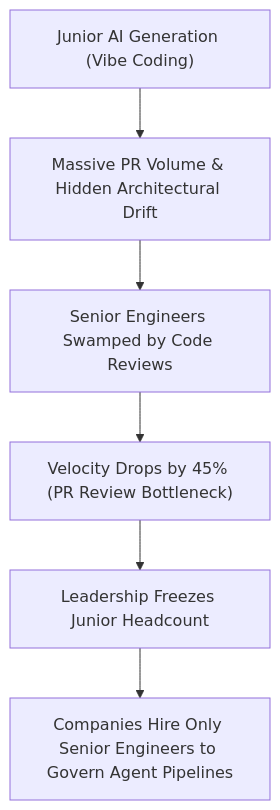
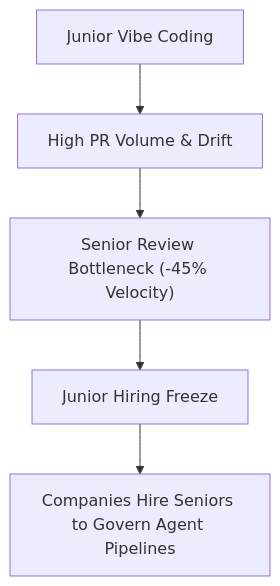
Before and after one commit to bshx2024/apivel_blog: the diagram in src/content/blog/ai-coding-impact-senior-engineers.md, drawn with Mermaid. The commit also changed other lines of this file and 5 other files, not shown here.

````diff
--- a/src/content/blog/ai-coding-impact-senior-engineers.md
+++ b/src/content/blog/ai-coding-impact-senior-engineers.md
@@ -63,8 +62,7 @@
 ```mermaid
 flowchart TD
-    A["Junior AI Generation (Vibe Coding)"] --> B["Massive PR Volume & Hidden Architectural Drift"]
-    B --> C["Senior Engineers Swamped by Code Reviews"]
-    C --> D["Velocity Drops by 45% (PR Review Bottleneck)"]
-    D --> E["Leadership Freezes Junior Headcount"]
-    E --> F["Companies Hire Only Senior Engineers to Govern Agent Pipelines"]
+    A["Junior Vibe Coding"] --> B["High PR Volume & Drift"]
+    B --> C["Senior Review Bottleneck (-45% Velocity)"]
+    C --> D["Junior Hiring Freeze"]
+    D --> E["Companies Hire Seniors to Govern Agent Pipelines"]
 ```
````
